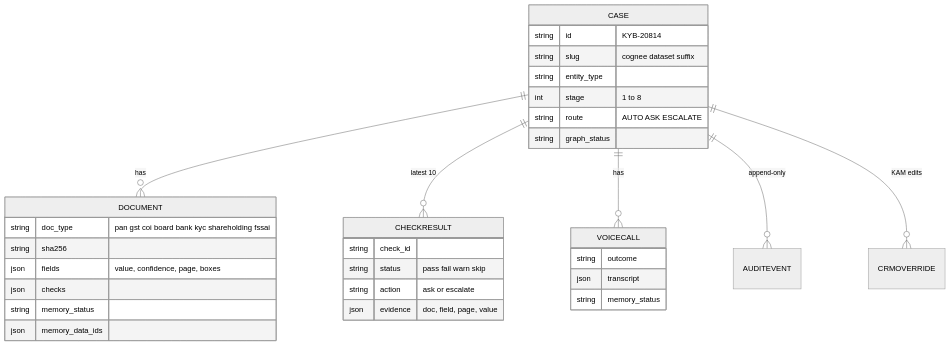
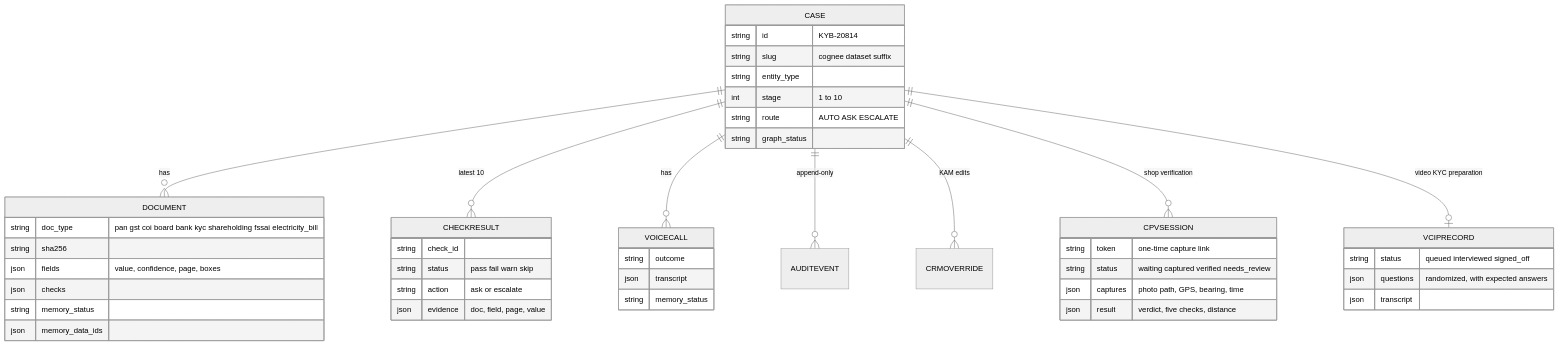
One commit to sam22ridhi/workflowkyc changed the seventh of 9 diagrams in docs/01_ARCHITECTURE.md. Above: the diagram before and after it, drawn with Mermaid (neutral theme). The commit also changed other lines of this file and 209 other files, not shown here.

````diff
--- a/docs/01_ARCHITECTURE.md
+++ b/docs/01_ARCHITECTURE.md
@@ -265,35 +277,48 @@
 ```mermaid
 erDiagram
     CASE ||--o{ DOCUMENT : has
     CASE ||--o{ CHECKRESULT : "latest 10"
     CASE ||--o{ VOICECALL : has
     CASE ||--o{ AUDITEVENT : "append-only"
     CASE ||--o{ CRMOVERRIDE : "KAM edits"
+    CASE ||--o{ CPVSESSION : "shop verification"
+    CASE ||--o| VCIPRECORD : "video KYC preparation"
     CASE {
         string id "KYB-20814"
         string slug "cognee dataset suffix"
         string entity_type
-        int stage "1 to 8"
+        int stage "1 to 10"
         string route "AUTO ASK ESCALATE"
         string graph_status
     }
     DOCUMENT {
-        string doc_type "pan gst coi board bank kyc shareholding fssai"
+        string doc_type "pan gst coi board bank kyc shareholding fssai electricity_bill"
         string sha256
         json fields "value, confidence, page, boxes"
         json checks
         string memory_status
         json memory_data_ids
     }
     CHECKRESULT {
         string check_id
         string status "pass fail warn skip"
         string action "ask or escalate"
         json evidence "doc, field, page, value"
     }
     VOICECALL {
         string outcome
         json transcript
         string memory_status
     }
+    CPVSESSION {
+        string token "one-time capture link"
+        string status "waiting captured verified needs_review"
+        json captures "photo path, GPS, bearing, time"
+        json result "verdict, five checks, distance"
+    }
+    VCIPRECORD {
+        string status "queued interviewed signed_off"
+        json questions "randomized, with expected answers"
+        json transcript
+    }
 ```
````
